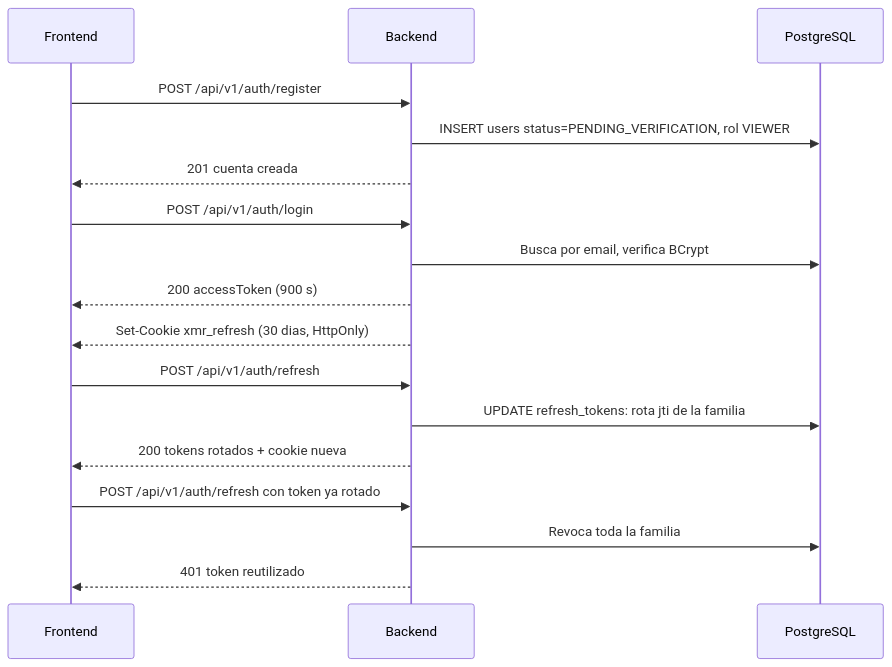
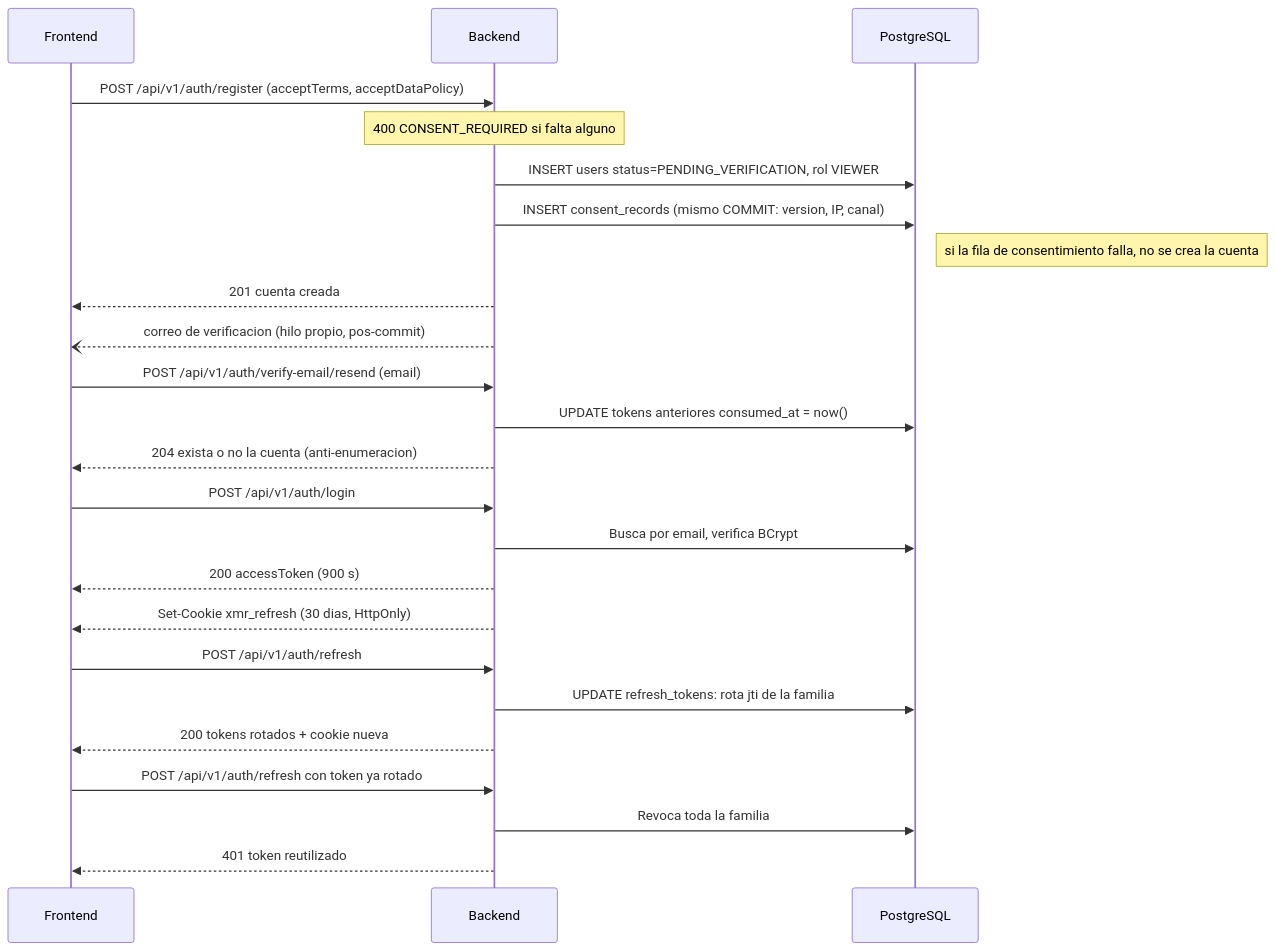
Before and after one commit to AyLZz17/SistemaPrediccionCrypto-XMRMonero: the fourth of 7 diagrams in docs/04_diagramas.md, drawn with Mermaid. The commit also changed other lines of this file and 52 other files, not shown here.

````diff
--- a/docs/04_diagramas.md
+++ b/docs/04_diagramas.md
@@ -89,23 +89,31 @@
 ```mermaid
 sequenceDiagram
     participant FE as Frontend
     participant BE as Backend
     participant DB as PostgreSQL
 
-    FE->>BE: POST /api/v1/auth/register
+    FE->>BE: POST /api/v1/auth/register (acceptTerms, acceptDataPolicy)
+    Note over BE: 400 CONSENT_REQUIRED si falta alguno
     BE->>DB: INSERT users status=PENDING_VERIFICATION, rol VIEWER
+    BE->>DB: INSERT consent_records (mismo COMMIT: version, IP, canal)
+    Note right of DB: si la fila de consentimiento falla, no se crea la cuenta
     BE-->>FE: 201 cuenta creada
+    BE--)FE: correo de verificacion (hilo propio, pos-commit)
+
+    FE->>BE: POST /api/v1/auth/verify-email/resend (email)
+    BE->>DB: UPDATE tokens anteriores consumed_at = now()
+    BE-->>FE: 204 exista o no la cuenta (anti-enumeracion)
 
     FE->>BE: POST /api/v1/auth/login
     BE->>DB: Busca por email, verifica BCrypt
     BE-->>FE: 200 accessToken (900 s)
     BE-->>FE: Set-Cookie xmr_refresh (30 dias, HttpOnly)
 
     FE->>BE: POST /api/v1/auth/refresh
     BE->>DB: UPDATE refresh_tokens: rota jti de la familia
     BE-->>FE: 200 tokens rotados + cookie nueva
 
     FE->>BE: POST /api/v1/auth/refresh con token ya rotado
     BE->>DB: Revoca toda la familia
     BE-->>FE: 401 token reutilizado
 ```
````
